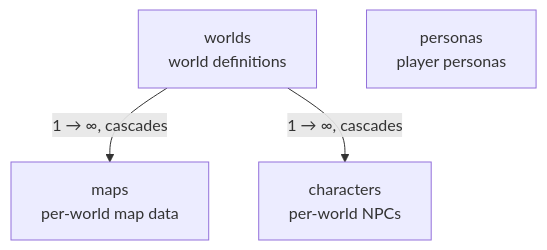
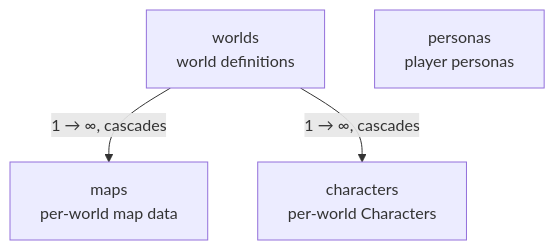
Before and after one commit to notsonormal/chronicler-engine: the second of 2 diagrams in docs/diataxis/reference/storage.md, drawn with Mermaid. The commit also changed other lines of this file and 194 other files, not shown here.

````diff
--- a/docs/diataxis/reference/storage.md
+++ b/docs/diataxis/reference/storage.md
@@ -125,10 +125,10 @@
 ```mermaid
 flowchart TD
     worlds["worlds<br/>world definitions"]
     maps["maps<br/>per-world map data"]
-    characters["characters<br/>per-world NPCs"]
+    characters["characters<br/>per-world Characters"]
     personas["personas<br/>player personas"]
 
     worlds -->|"1 → ∞, cascades"| maps
     worlds -->|"1 → ∞, cascades"| characters
 ```
````
